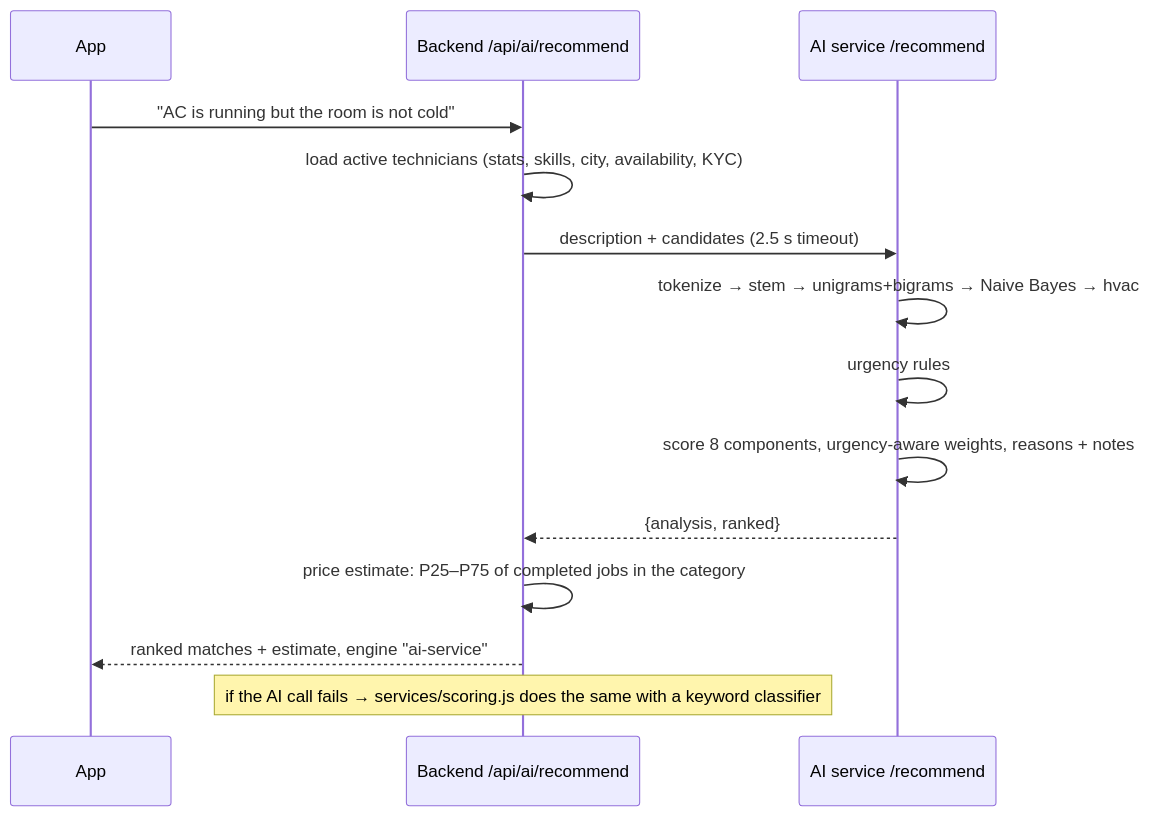
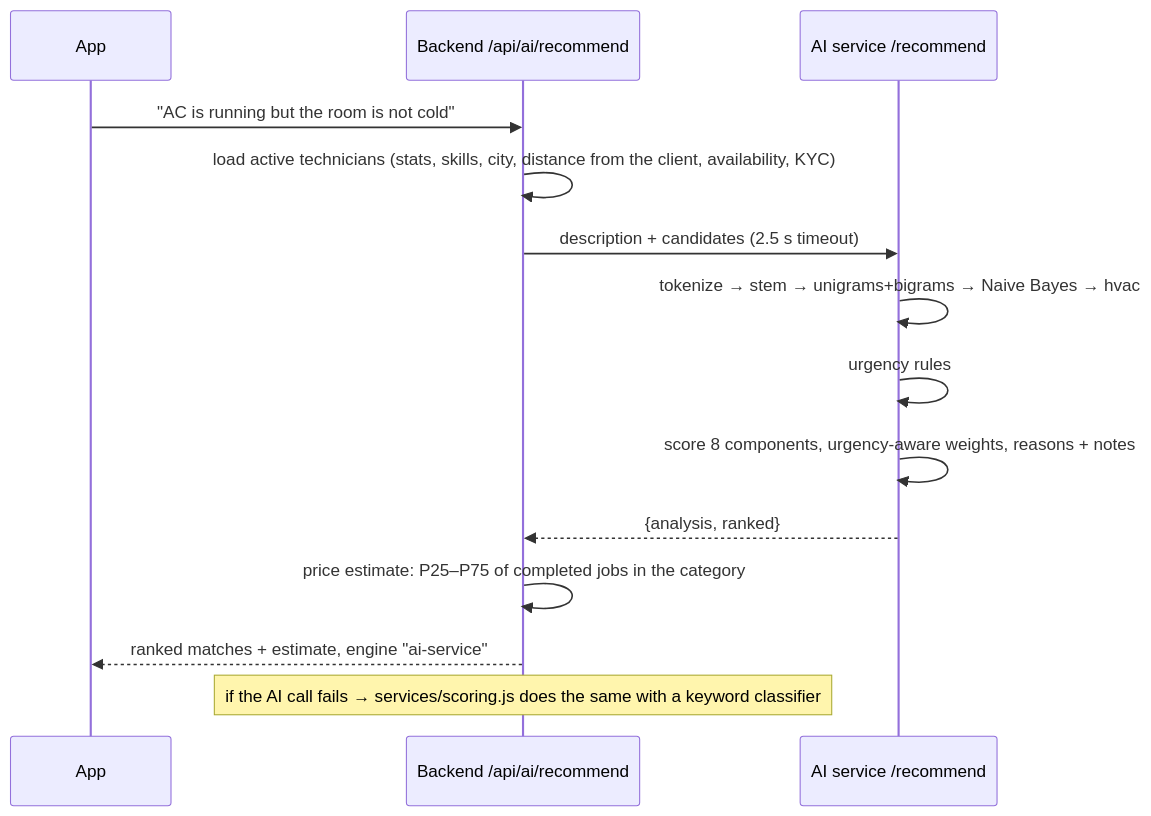
Before and after one commit to haroon7290/surefixing: the fourth of 4 diagrams in docs/ARCHITECTURE.md, drawn with Mermaid. The commit also changed other lines of this file and 84 other files, not shown here.

````diff
--- a/docs/ARCHITECTURE.md
+++ b/docs/ARCHITECTURE.md
@@ -282,16 +308,16 @@
 ```mermaid
 sequenceDiagram
     participant App
     participant API as Backend /api/ai/recommend
     participant AI as AI service /recommend
     App->>API: "AC is running but the room is not cold"
-    API->>API: load active technicians (stats, skills, city, availability, KYC)
+    API->>API: load active technicians (stats, skills, city, distance from the client, availability, KYC)
     API->>AI: description + candidates (2.5 s timeout)
     AI->>AI: tokenize → stem → unigrams+bigrams → Naive Bayes → hvac
     AI->>AI: urgency rules
     AI->>AI: score 8 components, urgency-aware weights, reasons + notes
     AI-->>API: {analysis, ranked}
     API->>API: price estimate: P25–P75 of completed jobs in the category
     API-->>App: ranked matches + estimate, engine "ai-service"
     Note over API: if the AI call fails → services/scoring.js does the same with a keyword classifier
 ```
````
